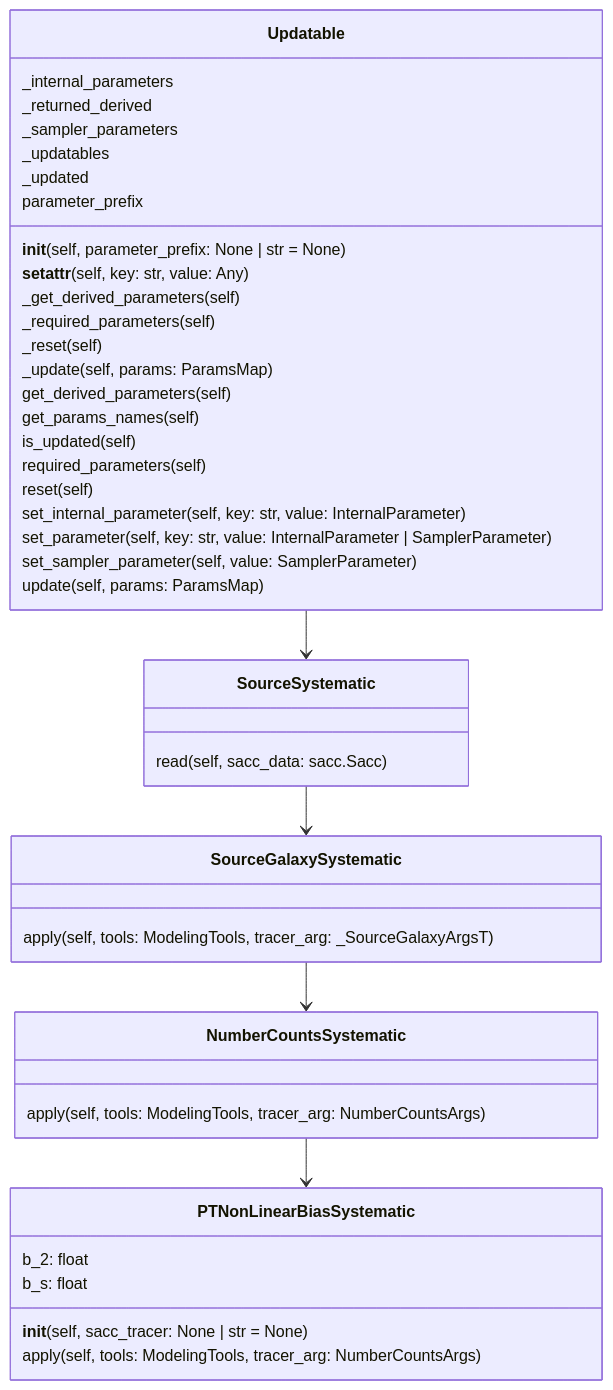
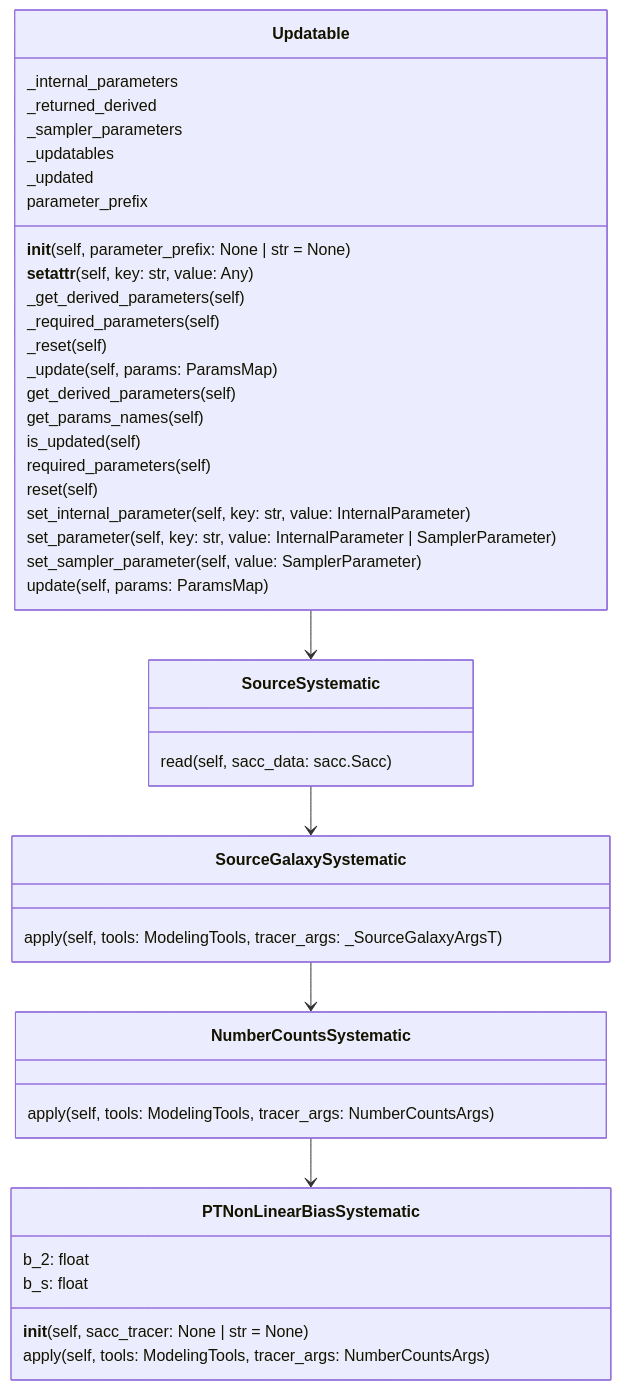
Before and after one commit to LSSTDESC/firecrown: the diagram in tutorial/systematics.qmd, drawn with Mermaid. The commit also changed other lines of this file and 29 other files, not shown here.

````diff
--- a/tutorial/systematics.qmd
+++ b/tutorial/systematics.qmd
@@ -52,47 +52,47 @@
 ```{mermaid}
 classDiagram
 direction TB
 class NumberCountsSystematic {
-   apply(self, tools: ModelingTools, tracer_arg: NumberCountsArgs)
+   apply(self, tools: ModelingTools, tracer_args: NumberCountsArgs)
 }
 class PTNonLinearBiasSystematic {
    b_2: float
    b_s: float
    __init__(self, sacc_tracer: None | str = None)
-   apply(self, tools: ModelingTools, tracer_arg: NumberCountsArgs)
+   apply(self, tools: ModelingTools, tracer_args: NumberCountsArgs)
 }
 class SourceGalaxySystematic {
-   apply(self, tools: ModelingTools, tracer_arg: _SourceGalaxyArgsT)
+   apply(self, tools: ModelingTools, tracer_args: _SourceGalaxyArgsT)
 }
 class SourceSystematic {
    read(self, sacc_data: sacc.Sacc)
 }
 class Updatable {
     _internal_parameters
     _returned_derived
     _sampler_parameters
     _updatables
     _updated
     parameter_prefix
    __init__(self, parameter_prefix: None | str = None)
    __setattr__(self, key: str, value: Any)
    _get_derived_parameters(self)
    _required_parameters(self)
    _reset(self)
    _update(self, params: ParamsMap)
    get_derived_parameters(self)
    get_params_names(self)
    is_updated(self)
    required_parameters(self)
    reset(self)
    set_internal_parameter(self, key: str, value: InternalParameter)
    set_parameter(self, key: str, value: InternalParameter | SamplerParameter)
    set_sampler_parameter(self, value: SamplerParameter)
    update(self, params: ParamsMap)
 }
 
 SourceGalaxySystematic  -->  NumberCountsSystematic
 NumberCountsSystematic  -->  PTNonLinearBiasSystematic
 SourceSystematic  -->  SourceGalaxySystematic
 Updatable  -->  SourceSystematic
 ```
````
